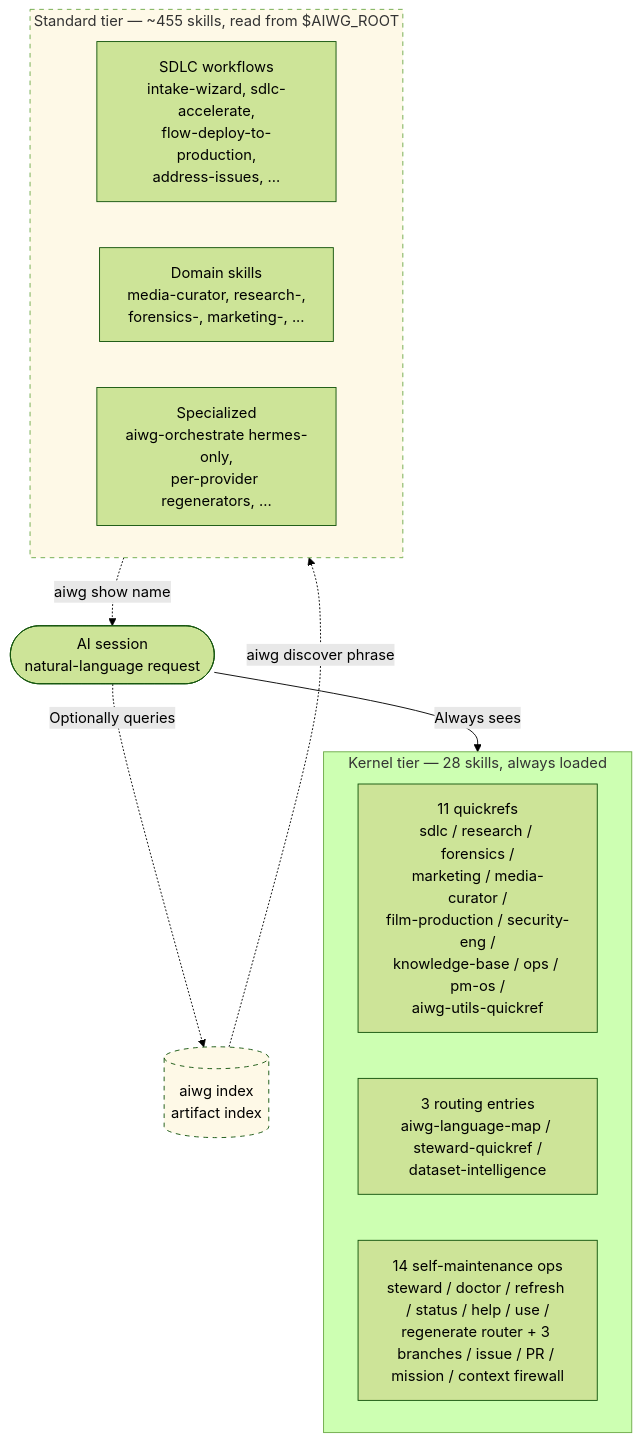
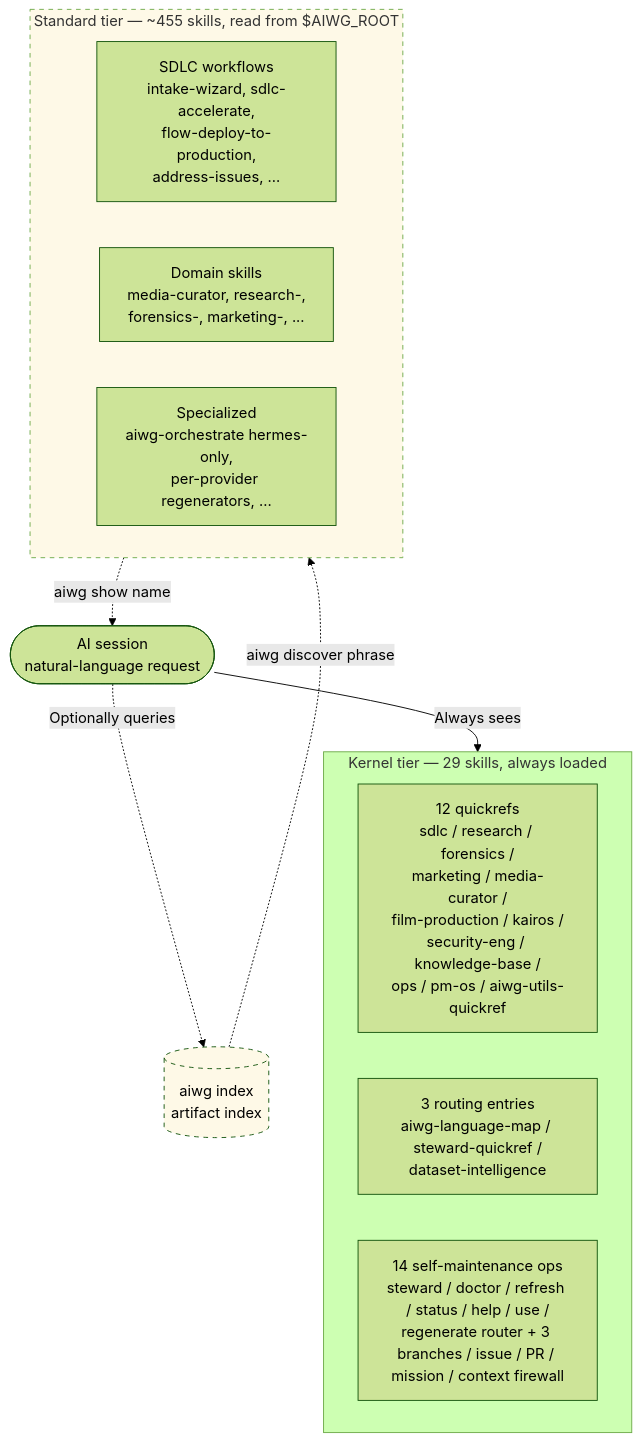
Before and after one commit to ChronodeAi/aiwg: the first of 2 diagrams in docs/cli/capability-routing.md, drawn with Mermaid (forest theme). The commit also changed other lines of this file and 5 other files, not shown here.

First line of the commit message:
feat(cli): register kairos framework for aiwg use

````diff
--- a/docs/cli/capability-routing.md
+++ b/docs/cli/capability-routing.md
@@ -111,27 +111,27 @@
 ```mermaid
 flowchart TB
-  subgraph KERNEL["Kernel tier — 28 skills, always loaded"]
+  subgraph KERNEL["Kernel tier — 29 skills, always loaded"]
     direction LR
-    K1[11 quickrefs<br/>sdlc / research / forensics /<br/>marketing / media-curator /<br/>film-production / security-eng /<br/>knowledge-base / ops / pm-os /<br/>aiwg-utils-quickref]
+    K1[12 quickrefs<br/>sdlc / research / forensics /<br/>marketing / media-curator /<br/>film-production / kairos /<br/>security-eng / knowledge-base /<br/>ops / pm-os / aiwg-utils-quickref]
     K2[3 routing entries<br/>aiwg-language-map / steward-quickref /<br/>dataset-intelligence]
     K3[14 self-maintenance ops<br/>steward / doctor / refresh / status / help / use /<br/>regenerate router + 3 branches / issue / PR / mission / context firewall]
   end
 
   subgraph STANDARD["Standard tier — ~455 skills, read from $AIWG_ROOT"]
     direction LR
     S1[SDLC workflows<br/>intake-wizard, sdlc-accelerate,<br/>flow-deploy-to-production,<br/>address-issues, ...]
     S2[Domain skills<br/>media-curator, research-,<br/>forensics-, marketing-, ...]
     S3[Specialized<br/>aiwg-orchestrate hermes-only,<br/>per-provider regenerators, ...]
   end
 
   AGENT([AI session<br/>natural-language request])
 
   AGENT -->|Always sees| KERNEL
   AGENT -.->|Optionally queries| INDEX[(aiwg index<br/>artifact index)]
   INDEX -.->|aiwg discover phrase| STANDARD
   STANDARD -.->|aiwg show name| AGENT
 
   classDef optional stroke-dasharray: 5 5,fill:#fef9e7
   class INDEX optional
   class STANDARD optional
 ```
````
